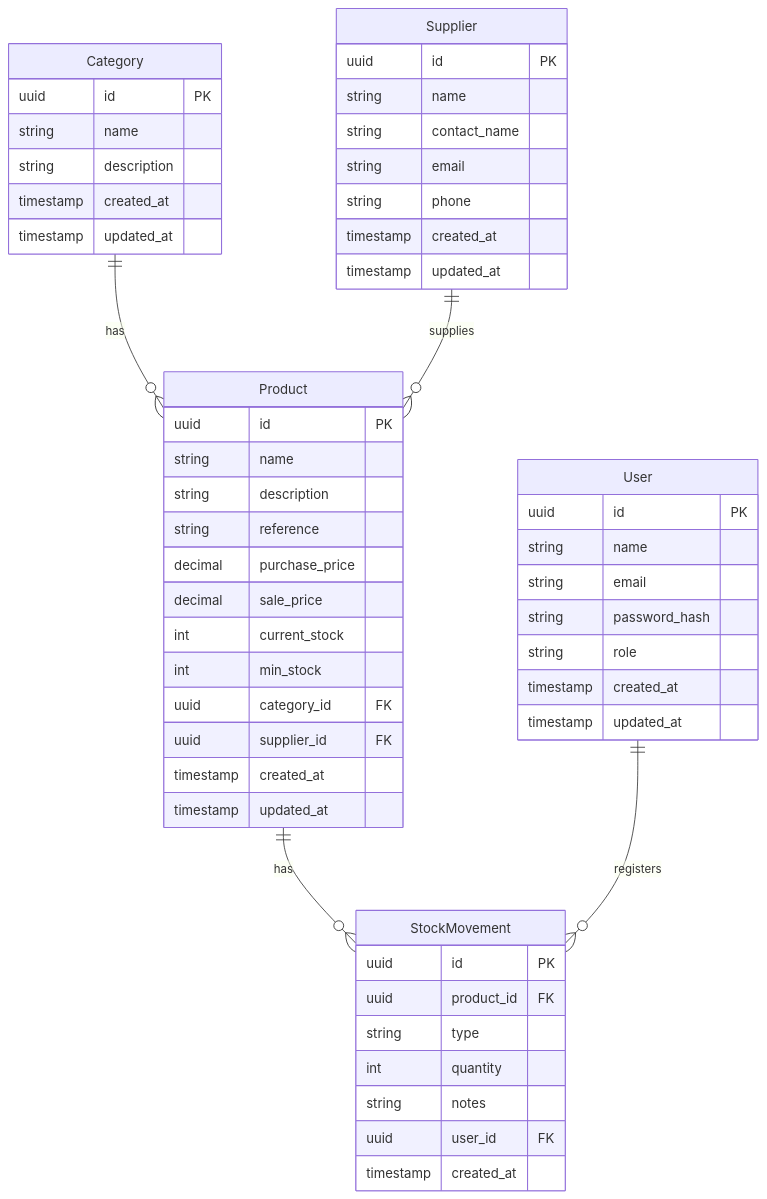
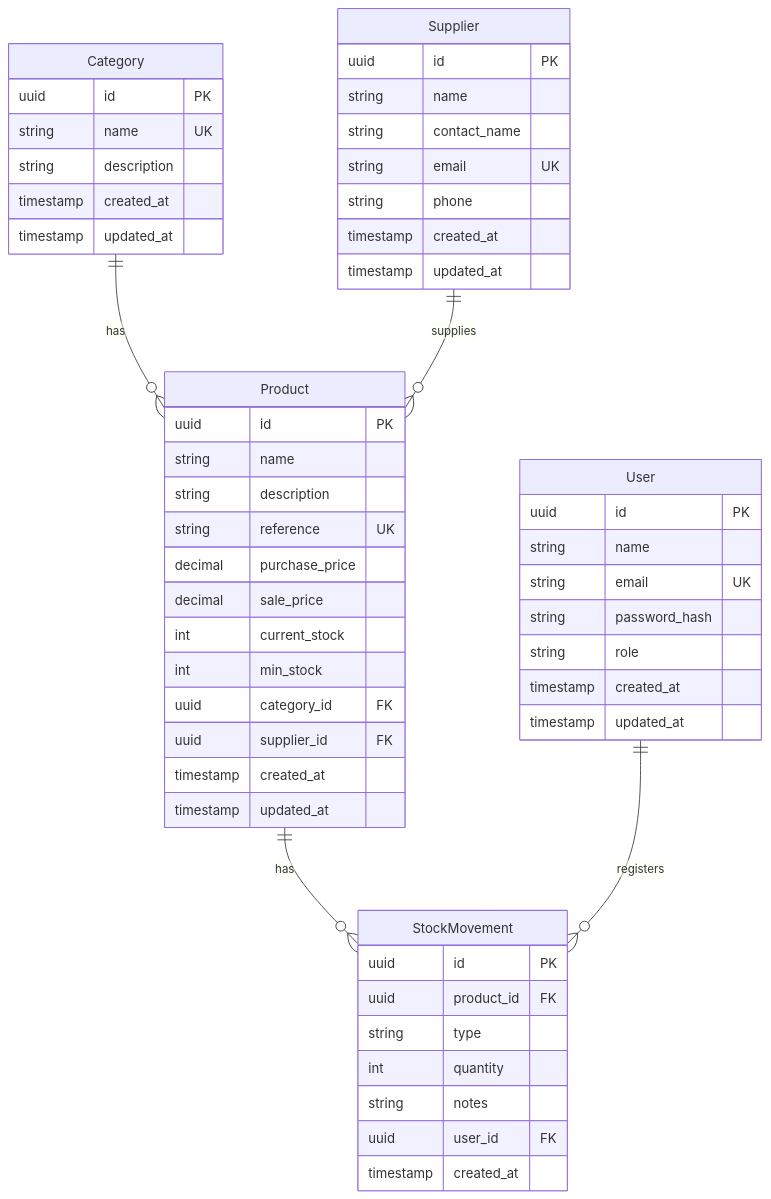
One commit to raulalleguesalgado/tfg-inventario changed the diagram in docs/er-diagram.md. Above: the diagram before and after it, drawn with Mermaid. The commit also changed other lines of this file and 41 other files, not shown here.

````diff
--- a/docs/er-diagram.md
+++ b/docs/er-diagram.md
@@ -3,60 +3,60 @@
 ```mermaid
 erDiagram
     Category {
         uuid id PK
-        string name
+        string name UK
         string description
         timestamp created_at
         timestamp updated_at
     }
 
     Supplier {
         uuid id PK
         string name
         string contact_name
-        string email
+        string email UK
         string phone
         timestamp created_at
         timestamp updated_at
     }
 
     Product {
         uuid id PK
         string name
         string description
-        string reference
+        string reference UK
         decimal purchase_price
         decimal sale_price
         int current_stock
         int min_stock
         uuid category_id FK
         uuid supplier_id FK
         timestamp created_at
         timestamp updated_at
     }
 
     User {
         uuid id PK
         string name
-        string email
+        string email UK
         string password_hash
         string role
         timestamp created_at
         timestamp updated_at
     }
 
     StockMovement {
         uuid id PK
         uuid product_id FK
         string type
         int quantity
         string notes
         uuid user_id FK
         timestamp created_at
     }
 
     Category ||--o{ Product : "has"
     Supplier ||--o{ Product : "supplies"
     Product ||--o{ StockMovement : "has"
     User ||--o{ StockMovement : "registers"
 ```
````
